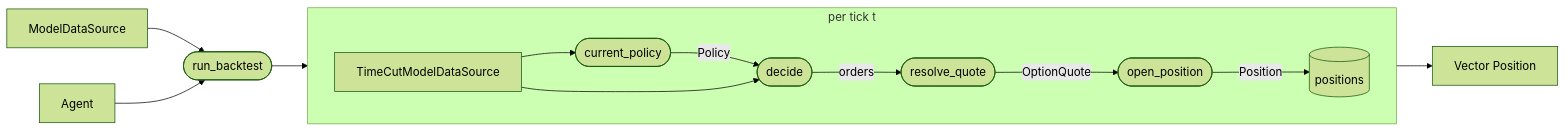
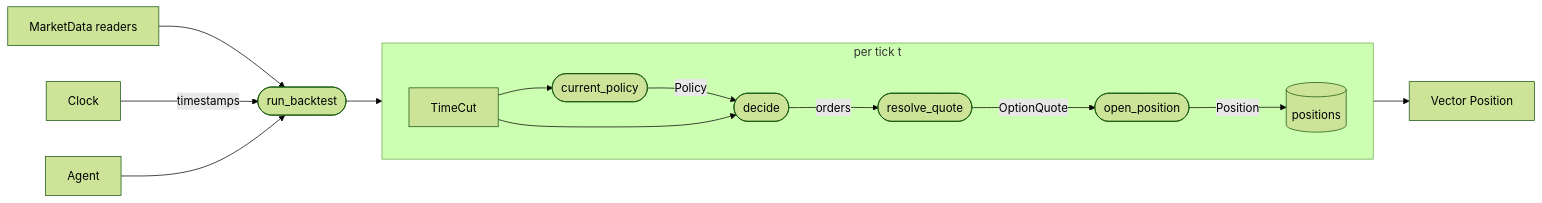
The diagram in docs/modules/backtest.md (aleCombi/VolSurfaceAnalysis.jl), drawn with Mermaid (forest theme) before and after one commit. The commit also changed other lines of this file and 22 other files, not shown here.

First line of the commit message:
Consumers on MarketData + Clock: engine, policies, agents, experiment, identity, store (step 2.1)

````diff
--- a/docs/modules/backtest.md
+++ b/docs/modules/backtest.md
@@ -17,26 +18,28 @@
 ```mermaid
 flowchart LR
-    MDS[ModelDataSource]
+    Data[MarketData readers]
+    Clock[Clock]
     Agent[Agent]
     Engine([run_backtest])
-    MDS --> Engine
+    Data --> Engine
+    Clock -->|timestamps| Engine
     Agent --> Engine
 
     subgraph Loop["per tick t"]
         direction LR
-        Cut[TimeCutModelDataSource]
+        Cut[TimeCut]
         CP([current_policy])
         D([decide])
         RQ([resolve_quote])
         OP([open_position])
         Cut --> CP
         CP -->|Policy| D
         Cut --> D
         D -->|orders| RQ
         RQ -->|OptionQuote| OP
         OP -->|Position| Ledger[(positions)]
     end
 
     Engine --> Loop
     Ledger --> Out[Vector Position]
 ```
````
